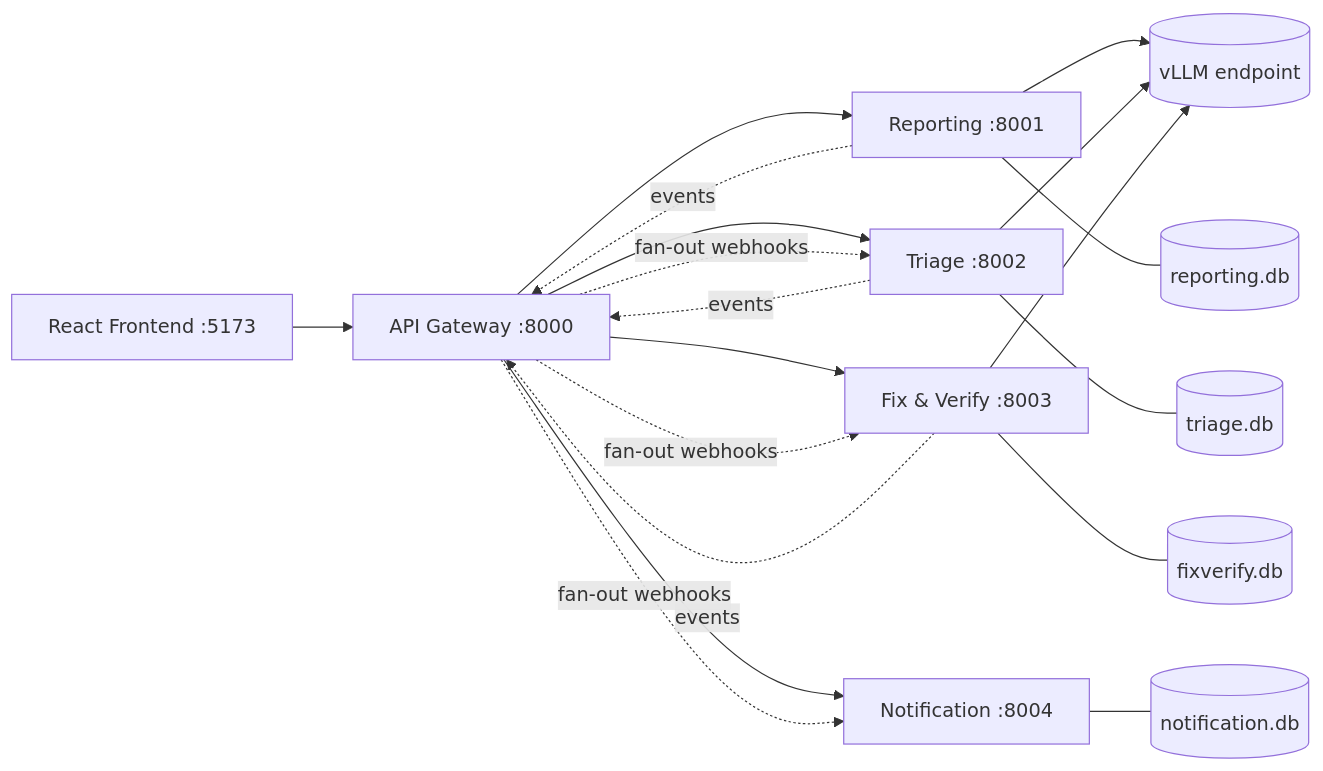
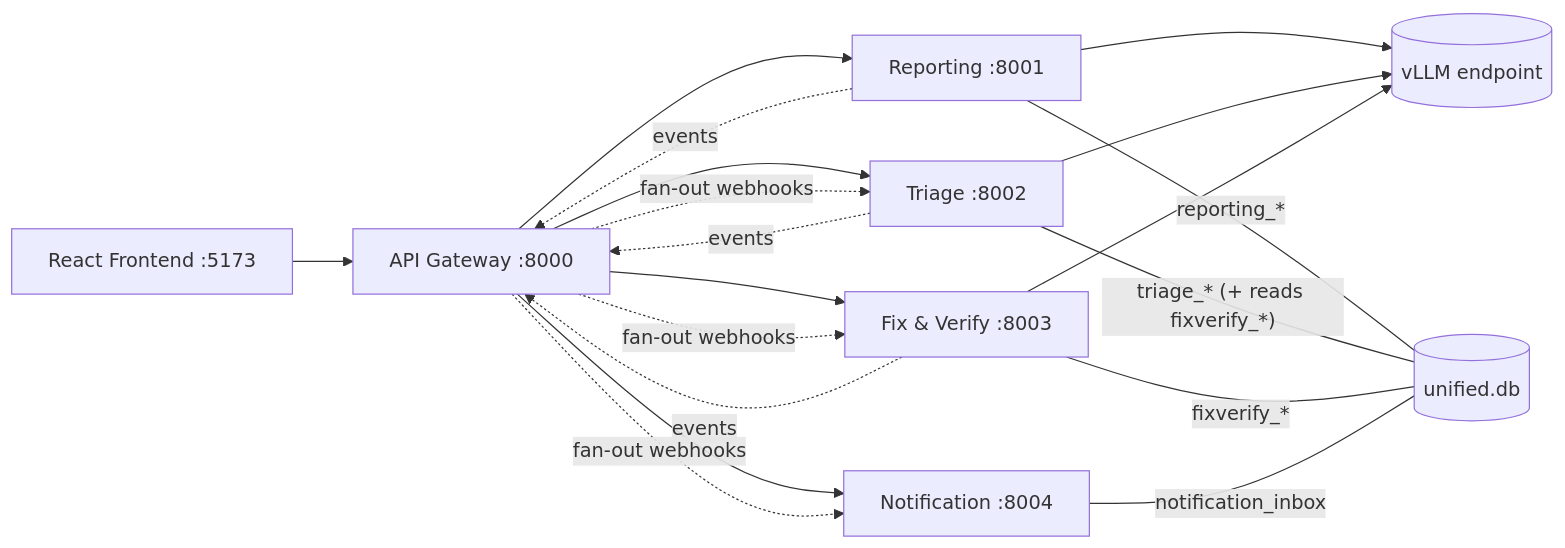
Before and after one commit to DeYuanChong/Incube2026_Grp3: the diagram in docs/01-architecture.md, drawn with Mermaid. The commit also changed other lines of this file and 21 other files, not shown here.

First line of the commit message:
Unify per-service SQLite DBs into one database with prefix schemas

````diff
--- a/docs/01-architecture.md
+++ b/docs/01-architecture.md
@@ -5,24 +5,24 @@
 ```mermaid
 flowchart LR
     FE[React Frontend :5173] --> GW[API Gateway :8000]
     GW --> RPT[Reporting :8001]
     GW --> TRG[Triage :8002]
     GW --> FIX[Fix & Verify :8003]
     GW --> NTF[Notification :8004]
 
     RPT -. "events" .-> GW
     TRG -. "events" .-> GW
     FIX -. "events" .-> GW
     GW -. "fan-out webhooks" .-> TRG
     GW -. "fan-out webhooks" .-> FIX
     GW -. "fan-out webhooks" .-> NTF
 
     RPT --> VLLM[(vLLM endpoint)]
     TRG --> VLLM
     FIX --> VLLM
 
-    RPT --- DB1[(reporting.db)]
-    TRG --- DB2[(triage.db)]
-    FIX --- DB3[(fixverify.db)]
-    NTF --- DB4[(notification.db)]
+    RPT -- "reporting_*" --- DB[(unified.db)]
+    TRG -- "triage_* (+ reads fixverify_*)" --- DB
+    FIX -- "fixverify_*" --- DB
+    NTF -- "notification_inbox" --- DB
 ```
````
